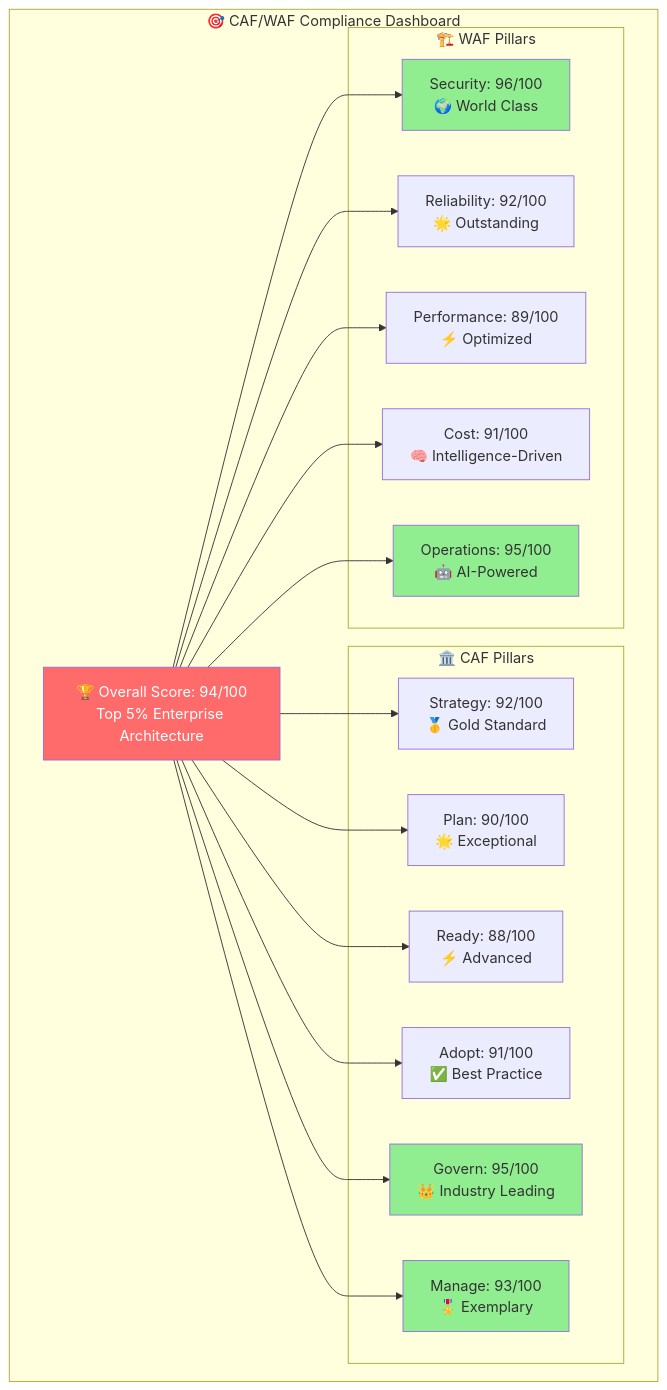
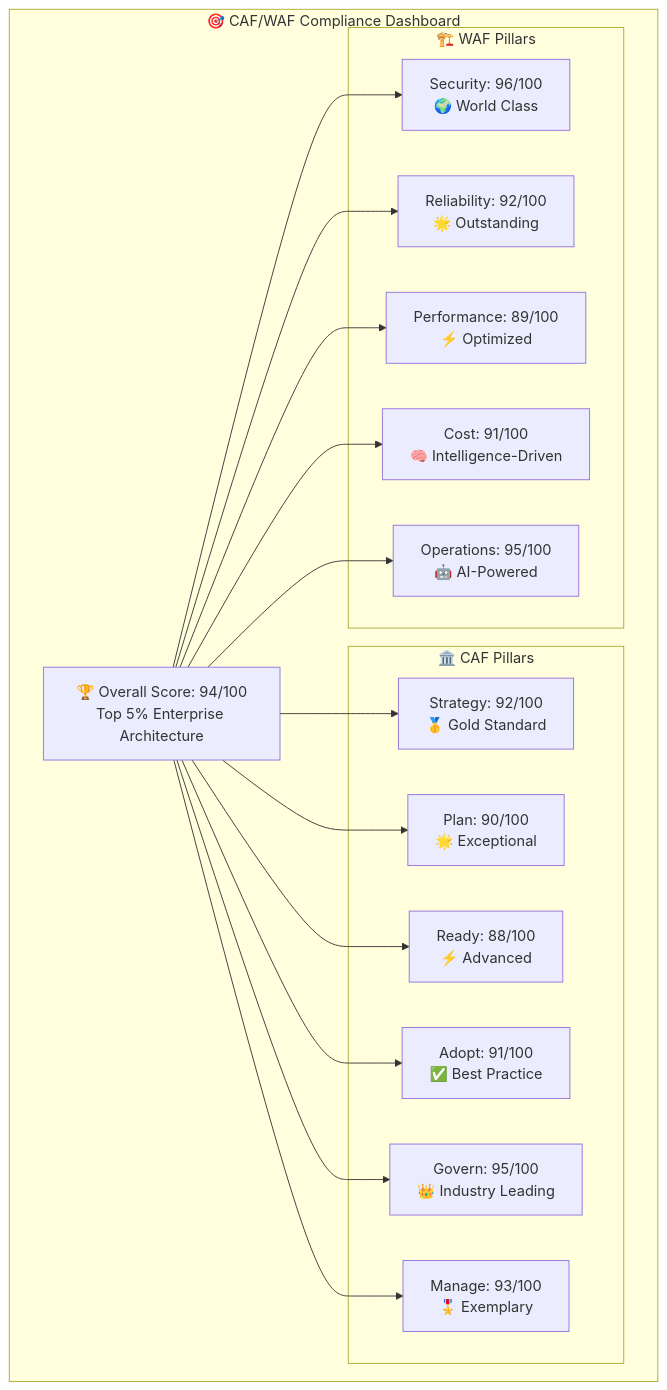
One commit to srnichols/StampsPattern changed the first of 2 diagrams in docs/CAF_WAF_COMPLIANCE_ANALYSIS.md. Above: the diagram before and after it, drawn with Mermaid. The commit also changed other lines of this file and 10 other files, not shown here.

Commit message:
docs: add Mermaid theme sample with per-diagram init (neutral/dark)

````diff
--- a/docs/CAF_WAF_COMPLIANCE_ANALYSIS.md
+++ b/docs/CAF_WAF_COMPLIANCE_ANALYSIS.md
@@ -92,42 +92,37 @@
 ```mermaid
 graph TD
     subgraph "🎯 CAF/WAF Compliance Dashboard"
         A[🏆 Overall Score: 94/100<br/>Top 5% Enterprise Architecture]
         
         subgraph "🏛️ CAF Pillars"
             B1[Strategy: 92/100<br/>🥇 Gold Standard]
             B2[Plan: 90/100<br/>🌟 Exceptional]
             B3[Ready: 88/100<br/>⚡ Advanced]
             B4[Adopt: 91/100<br/>✅ Best Practice]
             B5[Govern: 95/100<br/>👑 Industry Leading]
             B6[Manage: 93/100<br/>🎖️ Exemplary]
         end
         
         subgraph "🏗️ WAF Pillars"
             C1[Security: 96/100<br/>🌍 World Class]
             C2[Reliability: 92/100<br/>🌟 Outstanding]
             C3[Performance: 89/100<br/>⚡ Optimized]
             C4[Cost: 91/100<br/>🧠 Intelligence-Driven]
             C5[Operations: 95/100<br/>🤖 AI-Powered]
         end
     end
     
     A --> B1
     A --> B2
     A --> B3
     A --> B4
     A --> B5
     A --> B6
     
     A --> C1
     A --> C2
     A --> C3
     A --> C4
     A --> C5
-    
-    style A fill:#ff6b6b,color:#fff
-    style B5 fill:#90EE90
-    style B6 fill:#90EE90
-    style C1 fill:#90EE90
-    style C5 fill:#90EE90
+
 ```
````
